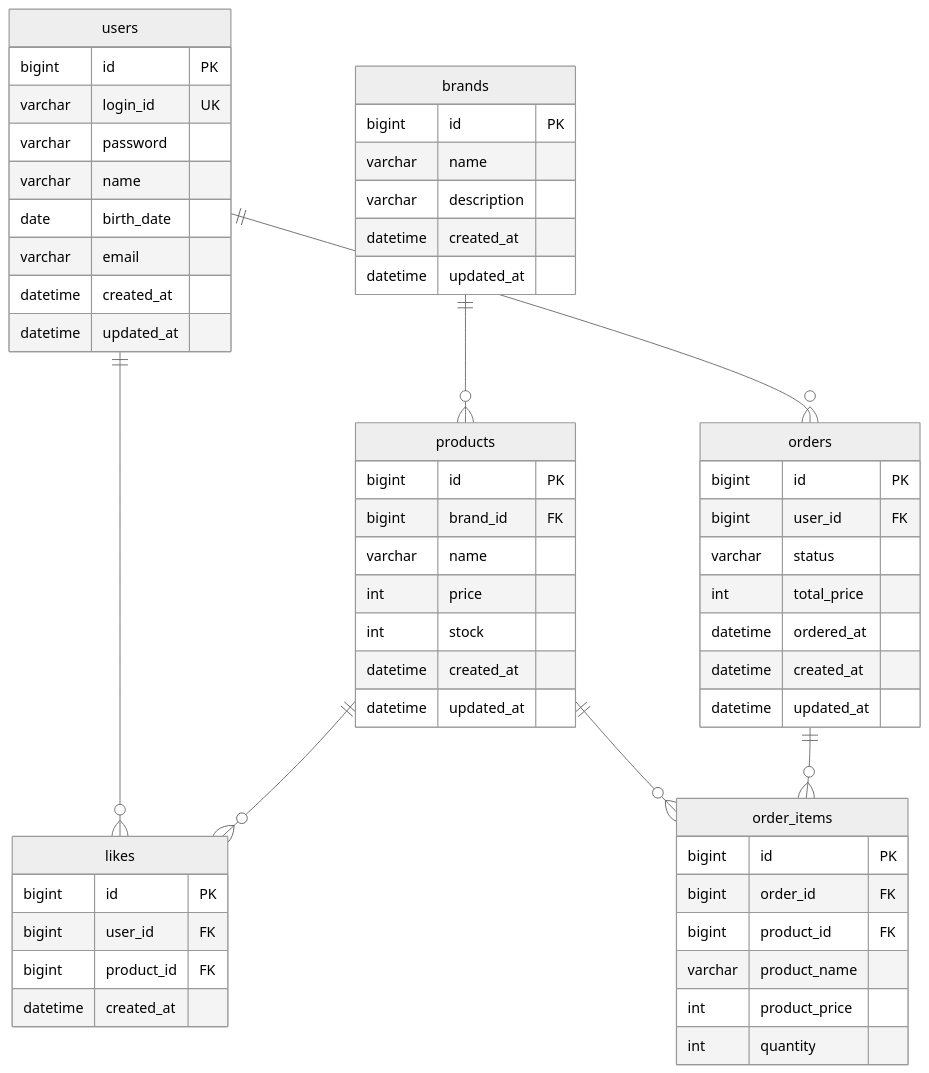
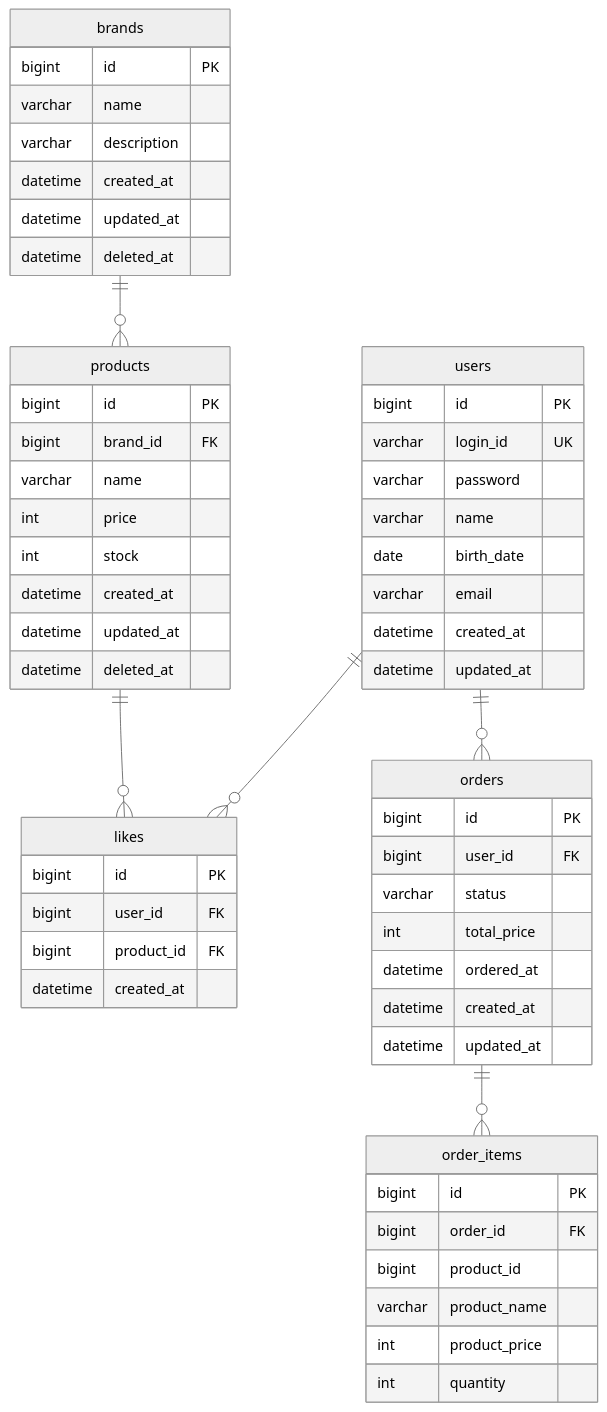
One commit to loopers-labs/loop-pack-be-l2-vol4-java changed the diagram in docs/week2/04-erd.md. Above: the diagram before and after it, drawn with Mermaid (neutral theme). The commit also changed other lines of this file and 4 other files, not shown here.

````diff
--- a/docs/week2/04-erd.md
+++ b/docs/week2/04-erd.md
@@ -5,64 +7,65 @@
 ```mermaid
 erDiagram
     users {
         bigint id PK
         varchar login_id UK
         varchar password
         varchar name
         date birth_date
         varchar email
         datetime created_at
         datetime updated_at
     }
 
     brands {
         bigint id PK
         varchar name
         varchar description
         datetime created_at
         datetime updated_at
+        datetime deleted_at
     }
 
     products {
         bigint id PK
         bigint brand_id FK
         varchar name
         int price
         int stock
         datetime created_at
         datetime updated_at
+        datetime deleted_at
     }
 
     likes {
         bigint id PK
         bigint user_id FK
         bigint product_id FK
         datetime created_at
     }
 
     orders {
         bigint id PK
         bigint user_id FK
         varchar status
         int total_price
         datetime ordered_at
         datetime created_at
         datetime updated_at
     }
 
     order_items {
         bigint id PK
         bigint order_id FK
-        bigint product_id FK
+        bigint product_id
         varchar product_name
         int product_price
         int quantity
     }
 
     users ||--o{ likes : ""
     users ||--o{ orders : ""
     brands ||--o{ products : ""
     products ||--o{ likes : ""
-    products ||--o{ order_items : ""
     orders ||--o{ order_items : ""
 ```
````
